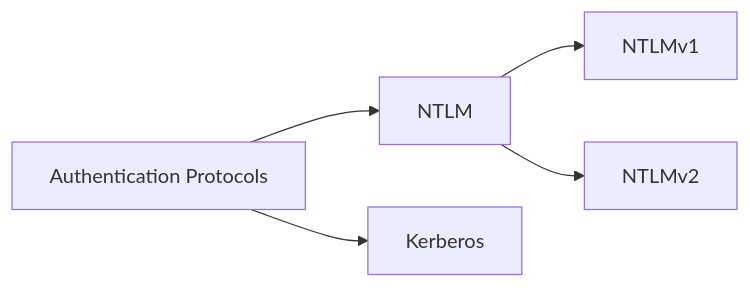
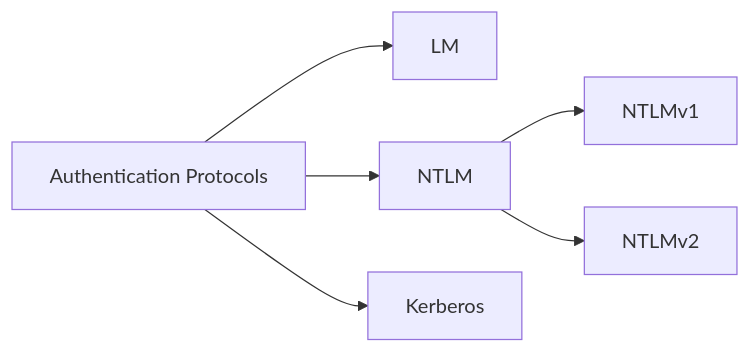
One commit to chr0mazone/chr0mazone.github.io changed the diagram in src/content/blog/win_auth/index.mdx. Above: the diagram before and after it, drawn with Mermaid. The commit also changed other lines of this file, not shown here.

````diff
--- a/src/content/blog/win_auth/index.mdx
+++ b/src/content/blog/win_auth/index.mdx
@@ -80,5 +92,5 @@
 ```mermaid
 graph LR
-	A[Authentication Protocols] --> B2[NTLM] & B3[Kerberos]
+	A[Authentication Protocols] --> B1[LM] & B2[NTLM] & B3[Kerberos]
 	B2 --> B21[NTLMv1] & B22[NTLMv2]
 ```
````
